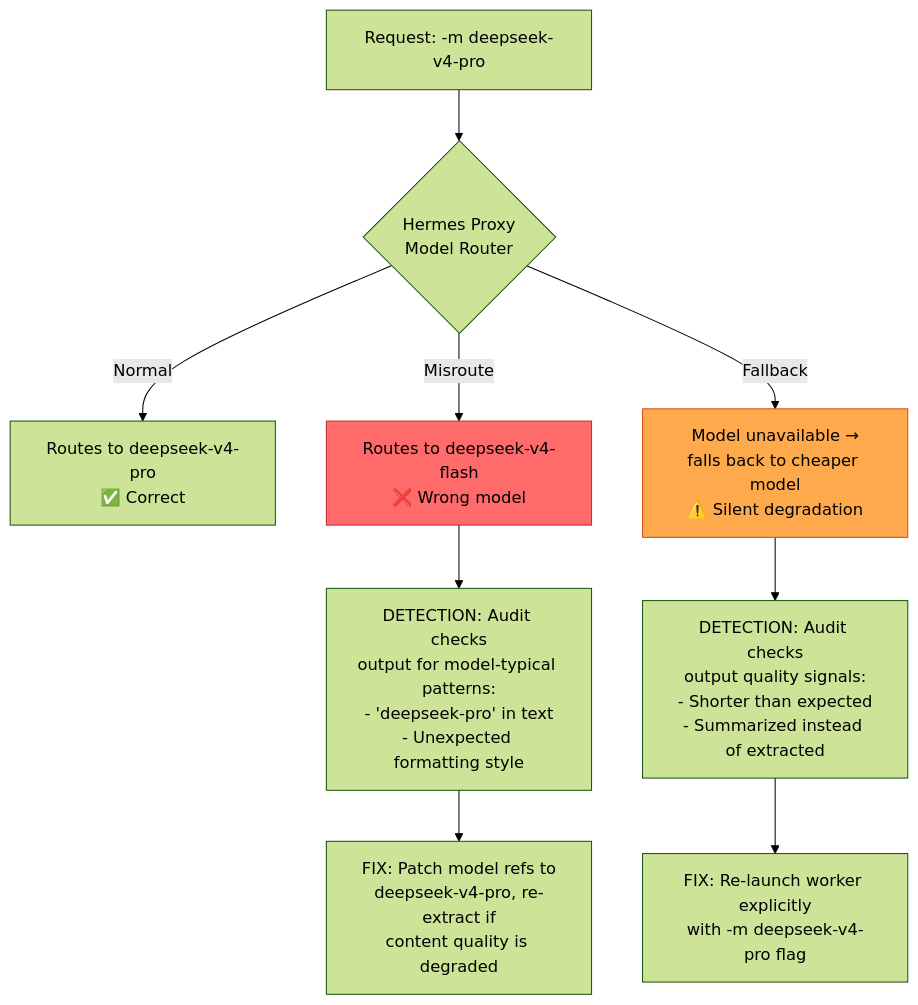
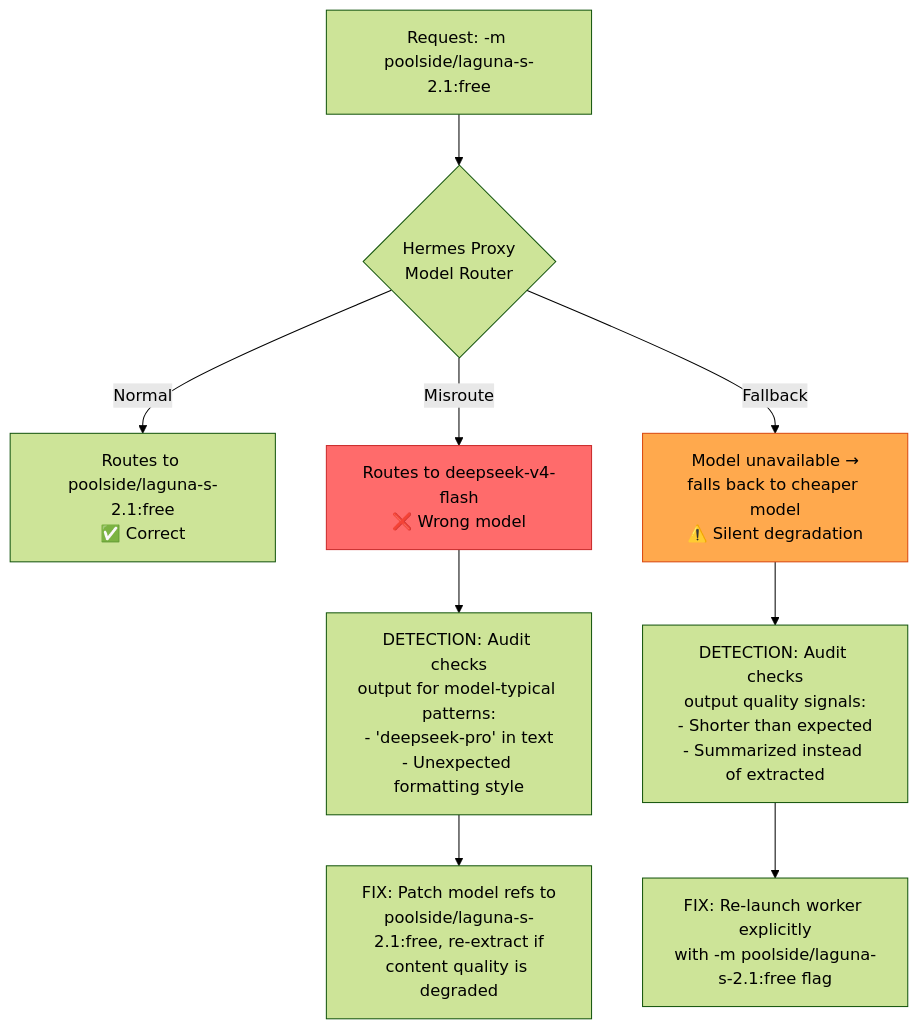
The third of 26 diagrams in .agents/uml/error-recovery.md (NikolaRHristov/STE-Code), drawn with Mermaid (forest theme) before and after one commit. The commit also changed other lines of this file and 37 other files, not shown here.

First line of the commit message:
docs(references): update model references and extract correct documentation

````diff
--- a/.agents/uml/error-recovery.md
+++ b/.agents/uml/error-recovery.md
@@ -169,16 +169,16 @@
 ```mermaid
 flowchart TD
-    REQ["Request: -m deepseek-v4-pro"] --> PROXY{"Hermes Proxy<br/>Model Router"}
-    PROXY -->|"Normal"| OK["Routes to deepseek-v4-pro<br/>✅ Correct"]
+    REQ["Request: -m poolside/laguna-s-2.1:free"] --> PROXY{"Hermes Proxy<br/>Model Router"}
+    PROXY -->|"Normal"| OK["Routes to poolside/laguna-s-2.1:free<br/>✅ Correct"]
     PROXY -->|"Misroute"| WRONG["Routes to deepseek-v4-flash<br/>❌ Wrong model"]
     PROXY -->|"Fallback"| FALLBACK["Model unavailable →<br/>falls back to cheaper model<br/>⚠️ Silent degradation"]
 
     WRONG --> DETECT1["DETECTION: Audit checks<br/>output for model-typical patterns:<br/>- 'deepseek-pro' in text<br/>- Unexpected formatting style"]
     FALLBACK --> DETECT2["DETECTION: Audit checks<br/>output quality signals:<br/>- Shorter than expected<br/>- Summarized instead of extracted"]
 
-    DETECT1 --> FIX1["FIX: Patch model refs to<br/>deepseek-v4-pro, re-extract if<br/>content quality is degraded"]
-    DETECT2 --> FIX2["FIX: Re-launch worker explicitly<br/>with -m deepseek-v4-pro flag"]
+    DETECT1 --> FIX1["FIX: Patch model refs to<br/>poolside/laguna-s-2.1:free, re-extract if<br/>content quality is degraded"]
+    DETECT2 --> FIX2["FIX: Re-launch worker explicitly<br/>with -m poolside/laguna-s-2.1:free flag"]
 
     style WRONG fill:#ff6b6b,stroke:#c92a2a,color:#000
     style FALLBACK fill:#ffa94d,stroke:#d9480f,color:#000
 ```
````
